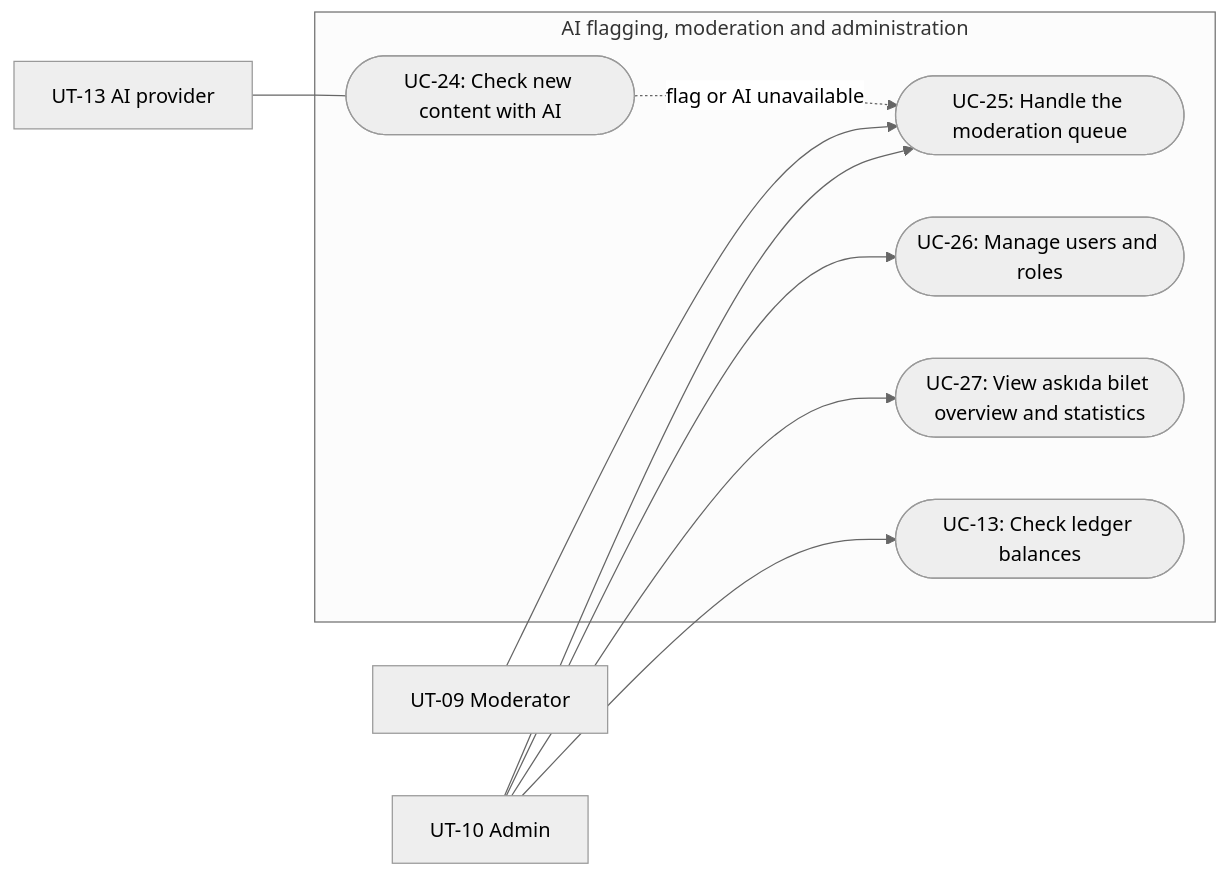
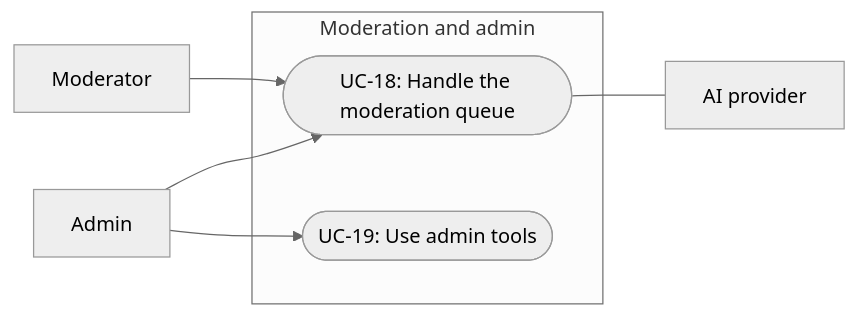
The seventh of 7 diagrams in docs/RequirementsSpec.md (FuatKarakaya/ShareMaxxing), drawn with Mermaid (neutral theme) before and after one commit. The commit also changed other lines of this file, not shown here.

````diff
--- a/docs/RequirementsSpec.md
+++ b/docs/RequirementsSpec.md
@@ -777,22 +395,17 @@
 ```mermaid
 flowchart LR
-    Moderator["UT-09 Moderator"]
-    Admin["UT-10 Admin"]
-    AIP["UT-13 AI provider"]
+    Moderator["Moderator"]
+    Admin["Admin"]
 
-    subgraph System["AI flagging, moderation and administration"]
-        UC24(["UC-24: Check new content with AI"])
-        UC25(["UC-25: Handle the moderation queue"])
-        UC26(["UC-26: Manage users and roles"])
-        UC27(["UC-27: View askıda bilet overview and statistics"])
-        UC13(["UC-13: Check ledger balances"])
+    subgraph System["Moderation and admin"]
+        UC18(["UC-18: Handle the moderation queue"])
+        UC19(["UC-19: Use admin tools"])
     end
 
-    AIP --- UC24
-    UC24 -.->|flag or AI unavailable| UC25
-    Moderator --> UC25
-    Admin --> UC25
-    Admin --> UC26
-    Admin --> UC27
-    Admin --> UC13
+    AI["AI provider"]
+
+    Moderator --> UC18
+    Admin --> UC18
+    Admin --> UC19
+    UC18 --- AI
 ```
````
